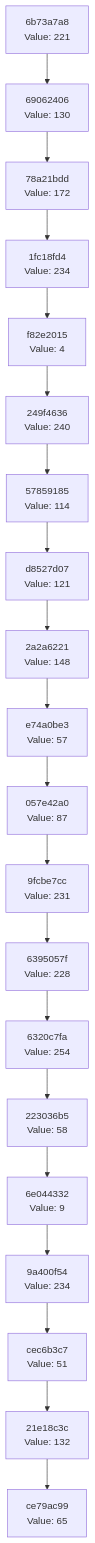
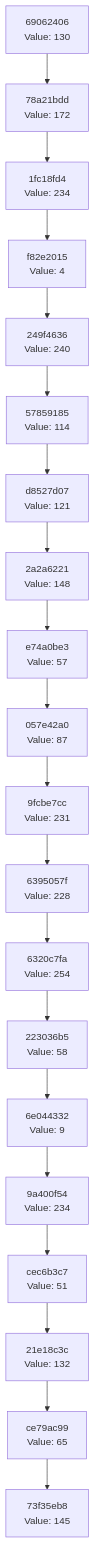
One commit to Abhisheksinha1506/hash-chain-evolver changed the diagram in docs/CHAIN_VISUALIZATION.md. Above: the diagram before and after it, drawn with Mermaid. The commit also changed 1 other file, not shown here.

Commit message:
Evolution step: hash 0x91 → action executed

````diff
--- a/docs/CHAIN_VISUALIZATION.md
+++ b/docs/CHAIN_VISUALIZATION.md
@@ -3,42 +3,42 @@
 ```mermaid
 graph TD
-    C0["ce79ac99<br/>Value: 65"]
-    C1["21e18c3c<br/>Value: 132"]
+    C0["73f35eb8<br/>Value: 145"]
+    C1["ce79ac99<br/>Value: 65"]
     C1 --> C0
-    C2["cec6b3c7<br/>Value: 51"]
+    C2["21e18c3c<br/>Value: 132"]
     C2 --> C1
-    C3["9a400f54<br/>Value: 234"]
+    C3["cec6b3c7<br/>Value: 51"]
     C3 --> C2
-    C4["6e044332<br/>Value: 9"]
+    C4["9a400f54<br/>Value: 234"]
     C4 --> C3
-    C5["223036b5<br/>Value: 58"]
+    C5["6e044332<br/>Value: 9"]
     C5 --> C4
-    C6["6320c7fa<br/>Value: 254"]
+    C6["223036b5<br/>Value: 58"]
     C6 --> C5
-    C7["6395057f<br/>Value: 228"]
+    C7["6320c7fa<br/>Value: 254"]
     C7 --> C6
-    C8["9fcbe7cc<br/>Value: 231"]
+    C8["6395057f<br/>Value: 228"]
     C8 --> C7
-    C9["057e42a0<br/>Value: 87"]
+    C9["9fcbe7cc<br/>Value: 231"]
     C9 --> C8
-    C10["e74a0be3<br/>Value: 57"]
+    C10["057e42a0<br/>Value: 87"]
     C10 --> C9
-    C11["2a2a6221<br/>Value: 148"]
+    C11["e74a0be3<br/>Value: 57"]
     C11 --> C10
-    C12["d8527d07<br/>Value: 121"]
+    C12["2a2a6221<br/>Value: 148"]
     C12 --> C11
-    C13["57859185<br/>Value: 114"]
+    C13["d8527d07<br/>Value: 121"]
     C13 --> C12
-    C14["249f4636<br/>Value: 240"]
+    C14["57859185<br/>Value: 114"]
     C14 --> C13
-    C15["f82e2015<br/>Value: 4"]
+    C15["249f4636<br/>Value: 240"]
     C15 --> C14
-    C16["1fc18fd4<br/>Value: 234"]
+    C16["f82e2015<br/>Value: 4"]
     C16 --> C15
-    C17["78a21bdd<br/>Value: 172"]
+    C17["1fc18fd4<br/>Value: 234"]
     C17 --> C16
-    C18["69062406<br/>Value: 130"]
+    C18["78a21bdd<br/>Value: 172"]
     C18 --> C17
-    C19["6b73a7a8<br/>Value: 221"]
+    C19["69062406<br/>Value: 130"]
     C19 --> C18
 ```
````
